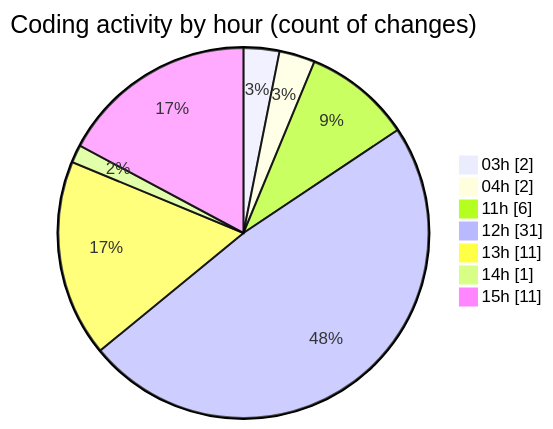
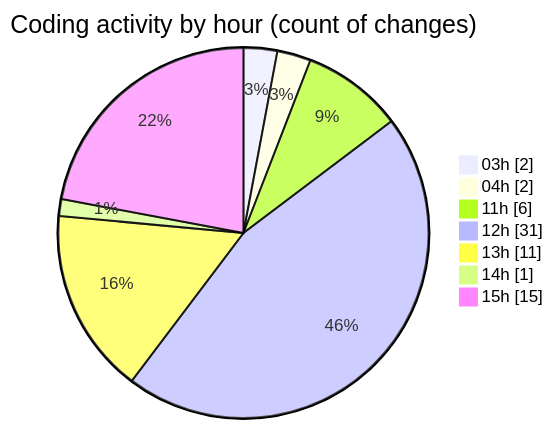
One commit to FelipKnott/code-tracking changed the second of 2 diagrams in 2025-07-04/cursor/README.md. Above: the diagram before and after it, drawn with Mermaid. The commit also changed other lines of this file and 1 other file, not shown here.

````diff
--- a/2025-07-04/cursor/README.md
+++ b/2025-07-04/cursor/README.md
@@ -45,11 +45,11 @@
 ```mermaid
 pie showData
 title Coding activity by hour (count of changes)
 "03h" : 2
 "04h" : 2
 "11h" : 6
 "12h" : 31
 "13h" : 11
 "14h" : 1
-"15h" : 11
+"15h" : 15
 ```
````
